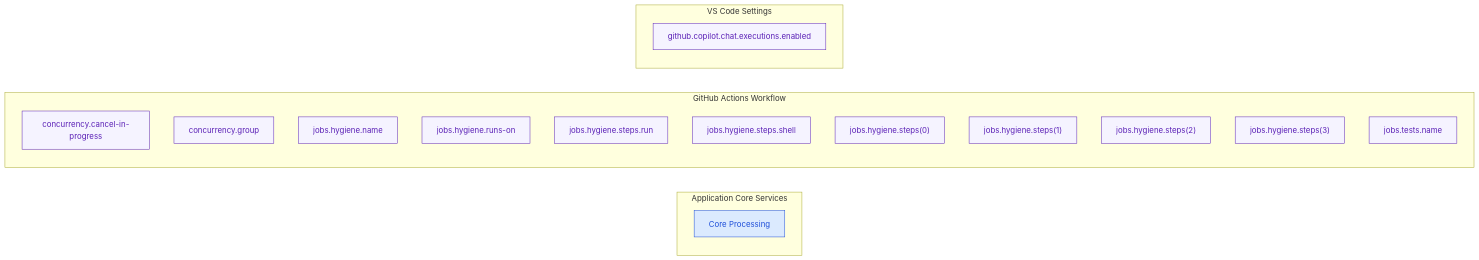
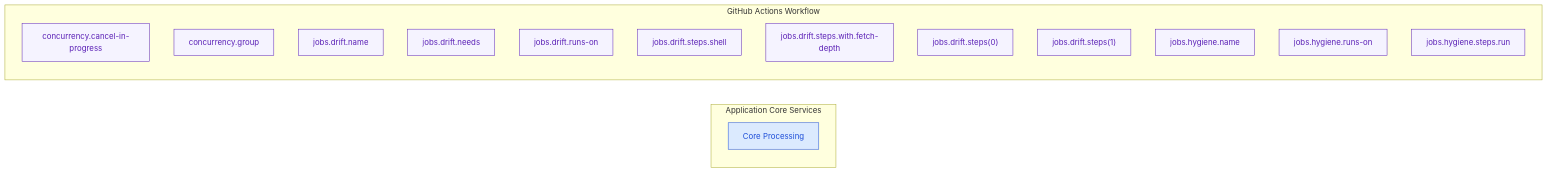
One commit to HeWhoRoams/AppDoc changed the diagram in docs/diagrams/internal-flow.md. Above: the diagram before and after it, drawn with Mermaid. The commit also changed other lines of this file and 75 other files, not shown here.

````diff
--- a/docs/diagrams/internal-flow.md
+++ b/docs/diagrams/internal-flow.md
@@ -11,44 +11,42 @@
 ```mermaid
 flowchart LR
     %% Solid edges: runtime request/data flow. Dashed edges: structural/config/dependency links.
     subgraph processing["Application Core Services"]
         component_core_processing_6d28d771["Core Processing"]
     end
     subgraph workflow_config["GitHub Actions Workflow"]
         config_concurrency_cancel_in_4184c67a["concurrency.cancel-in-progress"]
         config_concurrency_group_4353a474["concurrency.group"]
+        config_jobs_drift_name_84d8c2e6["jobs.drift.name"]
+        config_jobs_drift_needs_98e6a433["jobs.drift.needs"]
+        config_jobs_drift_runs_on_589e2ca4["jobs.drift.runs-on"]
+        config_jobs_drift_steps_shell_ed460ba6["jobs.drift.steps.shell"]
+        config_jobs_drift_steps_with_d2da89f4["jobs.drift.steps.with.fetch-depth"]
+        config_jobs_drift_steps_0_99a79b90["jobs.drift.steps(0)"]
+        config_jobs_drift_steps_1_38332dfa["jobs.drift.steps(1)"]
         config_jobs_hygiene_name_a7867886["jobs.hygiene.name"]
         config_jobs_hygiene_runs_on_f616492a["jobs.hygiene.runs-on"]
         config_jobs_hygiene_steps_run_348a44cb["jobs.hygiene.steps.run"]
-        config_jobs_hygiene_steps_she_e80f611f["jobs.hygiene.steps.shell"]
-        config_jobs_hygiene_steps_0_81f99013["jobs.hygiene.steps(0)"]
-        config_jobs_hygiene_steps_1_1f5e909e["jobs.hygiene.steps(1)"]
-        config_jobs_hygiene_steps_2_93e42ea2["jobs.hygiene.steps(2)"]
-        config_jobs_hygiene_steps_3_74378ec2["jobs.hygiene.steps(3)"]
-        config_jobs_tests_name_93d08342["jobs.tests.name"]
-    end
-    subgraph vscode_settings["VS Code Settings"]
-        config_github_copilot_chat_ex_3233c7ea["github.copilot.chat.executions.enabled"]
     end
     class component_core_processing_6d28d771 component
     class config_concurrency_cancel_in_4184c67a config
     class config_concurrency_group_4353a474 config
-    class config_github_copilot_chat_ex_3233c7ea config
+    class config_jobs_drift_name_84d8c2e6 config
+    class config_jobs_drift_needs_98e6a433 config
+    class config_jobs_drift_runs_on_589e2ca4 config
+    class config_jobs_drift_steps_shell_ed460ba6 config
+    class config_jobs_drift_steps_with_d2da89f4 config
+    class config_jobs_drift_steps_0_99a79b90 config
+    class config_jobs_drift_steps_1_38332dfa config
     class config_jobs_hygiene_name_a7867886 config
     class config_jobs_hygiene_runs_on_f616492a config
     class config_jobs_hygiene_steps_run_348a44cb config
-    class config_jobs_hygiene_steps_she_e80f611f config
-    class config_jobs_hygiene_steps_0_81f99013 config
-    class config_jobs_hygiene_steps_1_1f5e909e config
-    class config_jobs_hygiene_steps_2_93e42ea2 config
-    class config_jobs_hygiene_steps_3_74378ec2 config
-    class config_jobs_tests_name_93d08342 config
 classDef actor fill:#0f172a,stroke:#0f172a,color:#ffffff,stroke-width:1px
 classDef inbound fill:#dcfce7,stroke:#166534,color:#166534,stroke-width:1px
 classDef outbound fill:#ffedd5,stroke:#9a3412,color:#9a3412,stroke-width:1px
 classDef component fill:#dbeafe,stroke:#1d4ed8,color:#1d4ed8,stroke-width:1px
 classDef data fill:#fef9c3,stroke:#854d0e,color:#854d0e,stroke-width:1px
 classDef config fill:#f5f3ff,stroke:#5b21b6,color:#5b21b6,stroke-width:1px
 classDef external fill:#fee2e2,stroke:#991b1b,color:#991b1b,stroke-width:1px
 classDef dependency fill:#ede9fe,stroke:#4338ca,color:#4338ca,stroke-width:1px
 ```
````
